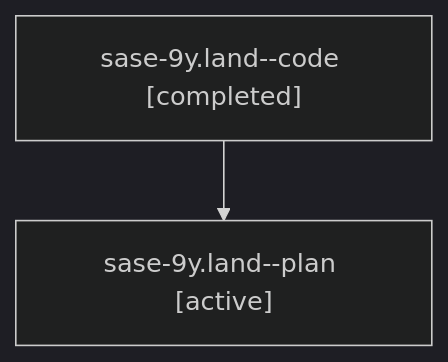
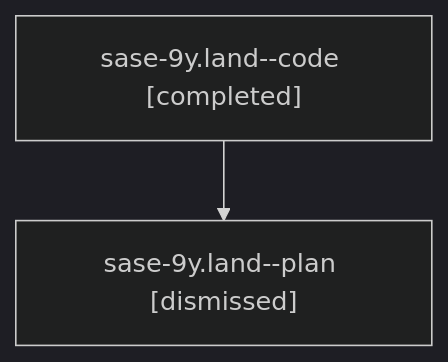
One commit to sase-org/sase--agents changed the diagram in sessions/bbugyi200.athena.sase-9y.land.md. Above: the diagram before and after it, drawn with Mermaid (dark theme). The commit also changed other lines of this file and 90 other files, not shown here.

````diff
--- a/sessions/bbugyi200.athena.sase-9y.land.md
+++ b/sessions/bbugyi200.athena.sase-9y.land.md
@@ -9,6 +9,6 @@
 ```mermaid
 flowchart TD
   n0["sase-9y.land--code [completed]"]
-  n1["sase-9y.land--plan [active]"]
+  n1["sase-9y.land--plan [dismissed]"]
   n0 --> n1
 ```
````
